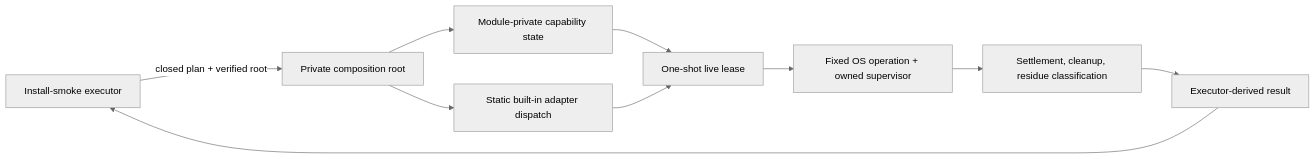
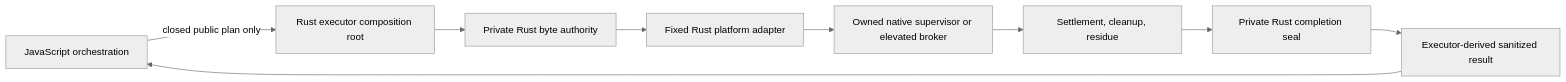
One commit to TheGreenCedar/BatCave changed the diagram in docs/decisions/0003-private-native-artifact-consumption-authority.md. Above: the diagram before and after it, drawn with Mermaid (neutral theme). The commit also changed other lines of this file and 8 other files, not shown here.

Commit message:
test: move native consumption boundary to Rust

````diff
--- a/docs/decisions/0003-private-native-artifact-consumption-authority.md
+++ b/docs/decisions/0003-private-native-artifact-consumption-authority.md
@@ -16,12 +14,11 @@
 ```mermaid
 flowchart LR
-  Caller["Install-smoke executor"] -->|"closed plan + verified root"| Root["Private composition root"]
-  Root --> State["Module-private capability state"]
-  Root --> Dispatch["Static built-in adapter dispatch"]
-  State --> Lease["One-shot live lease"]
-  Dispatch --> Lease
-  Lease --> Tool["Fixed OS operation + owned supervisor"]
-  Tool --> Settle["Settlement, cleanup, residue classification"]
-  Settle --> Derive["Executor-derived result"]
-  Derive --> Caller
+  JS["JavaScript orchestration"] -->|"closed public plan only"| Executor["Rust executor composition root"]
+  Executor --> Authority["Private Rust byte authority"]
+  Authority --> Adapter["Fixed Rust platform adapter"]
+  Adapter --> Supervisor["Owned native supervisor or elevated broker"]
+  Supervisor --> Settle["Settlement, cleanup, residue"]
+  Settle --> Seal["Private Rust completion seal"]
+  Seal --> Derive["Executor-derived sanitized result"]
+  Derive --> JS
 ```
````
